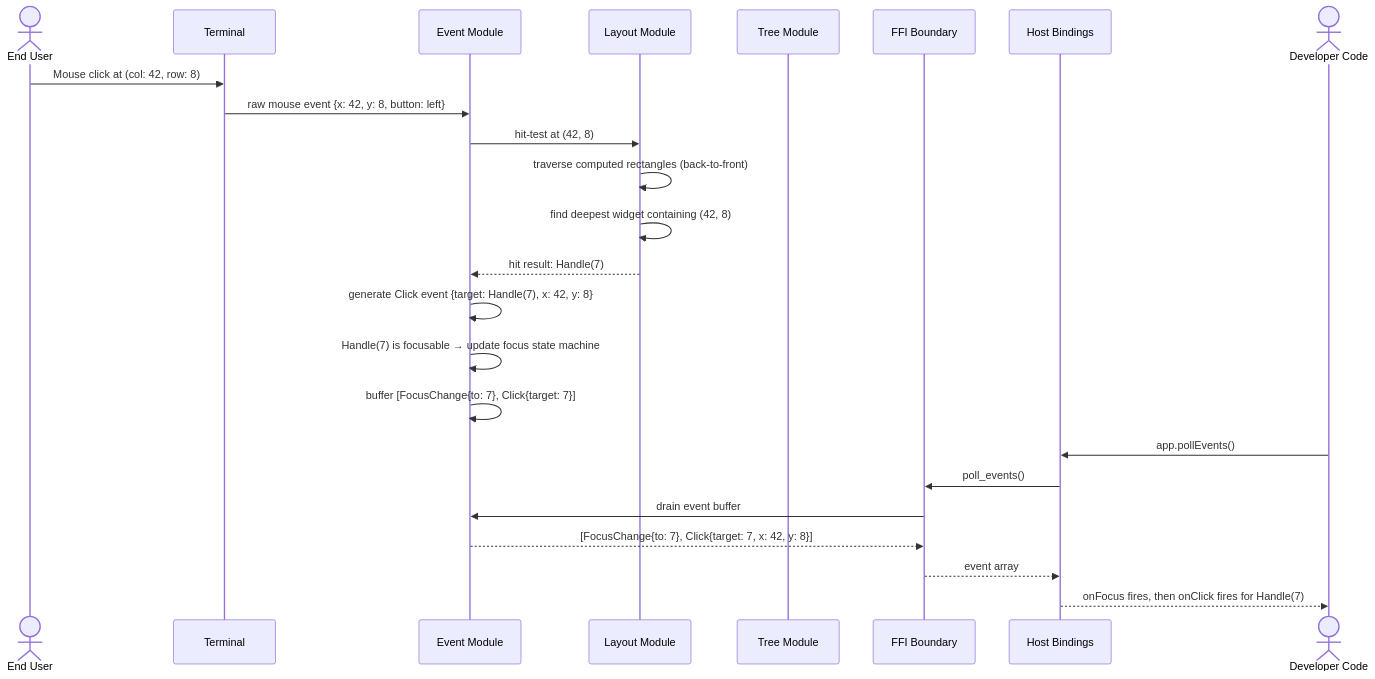
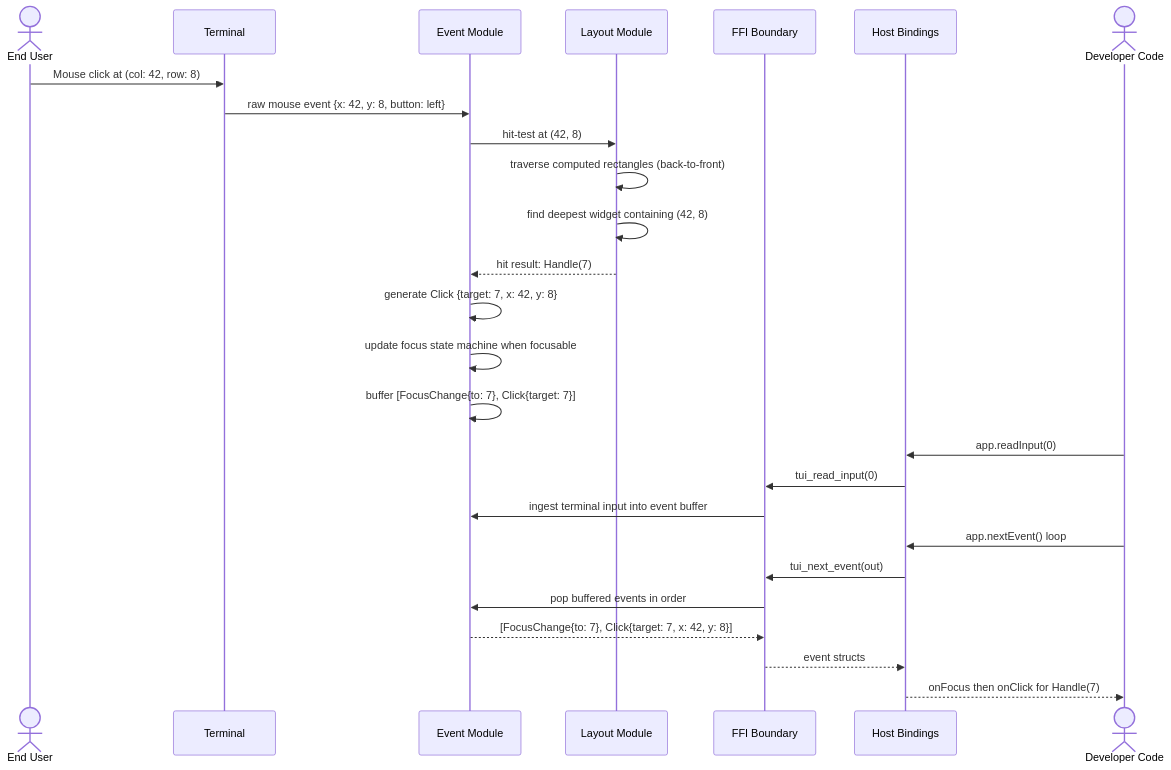
The fourth of 4 diagrams in docs/Architecture.md (openkraken-ai/kraken-tui), drawn with Mermaid before and after one commit. The commit also changed other lines of this file, not shown here.

First line of the commit message:
docs: align Architecture with v3 TechSpec

````diff
--- a/docs/Architecture.md
+++ b/docs/Architecture.md
@@ -263,30 +245,33 @@
 ```mermaid
 sequenceDiagram
     actor EU as End User
     participant Term as Terminal
     participant Event as Event Module
     participant Layout as Layout Module
-    participant Tree as Tree Module
     participant FFI as FFI Boundary
     participant Host as Host Bindings
     actor Dev as Developer Code
 
     EU->>Term: Mouse click at (col: 42, row: 8)
     Term->>Event: raw mouse event {x: 42, y: 8, button: left}
 
     Event->>Layout: hit-test at (42, 8)
     Layout->>Layout: traverse computed rectangles (back-to-front)
     Layout->>Layout: find deepest widget containing (42, 8)
     Layout-->>Event: hit result: Handle(7)
 
-    Event->>Event: generate Click event {target: Handle(7), x: 42, y: 8}
-    Event->>Event: Handle(7) is focusable → update focus state machine
+    Event->>Event: generate Click {target: 7, x: 42, y: 8}
+    Event->>Event: update focus state machine when focusable
     Event->>Event: buffer [FocusChange{to: 7}, Click{target: 7}]
 
-    Dev->>Host: app.pollEvents()
-    Host->>FFI: poll_events()
-    FFI->>Event: drain event buffer
+    Dev->>Host: app.readInput(0)
+    Host->>FFI: tui_read_input(0)
+    FFI->>Event: ingest terminal input into event buffer
+
+    Dev->>Host: app.nextEvent() loop
+    Host->>FFI: tui_next_event(out)
+    FFI->>Event: pop buffered events in order
     Event-->>FFI: [FocusChange{to: 7}, Click{target: 7, x: 42, y: 8}]
-    FFI-->>Host: event array
-    Host-->>Dev: onFocus fires, then onClick fires for Handle(7)
+    FFI-->>Host: event structs
+    Host-->>Dev: onFocus then onClick for Handle(7)
 ```
````
